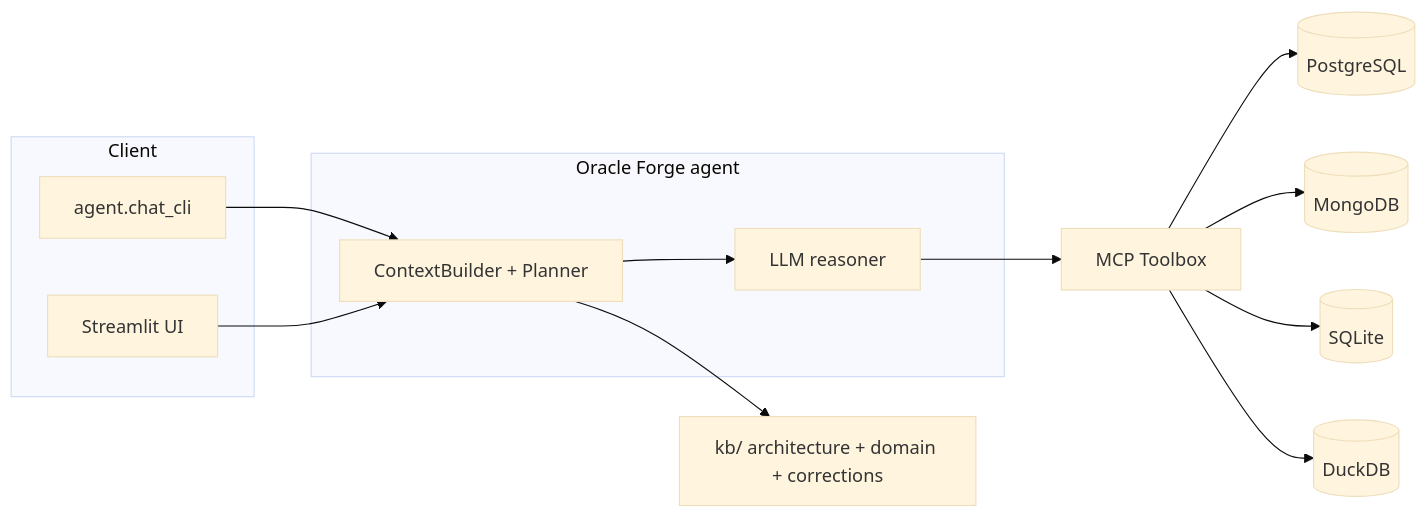
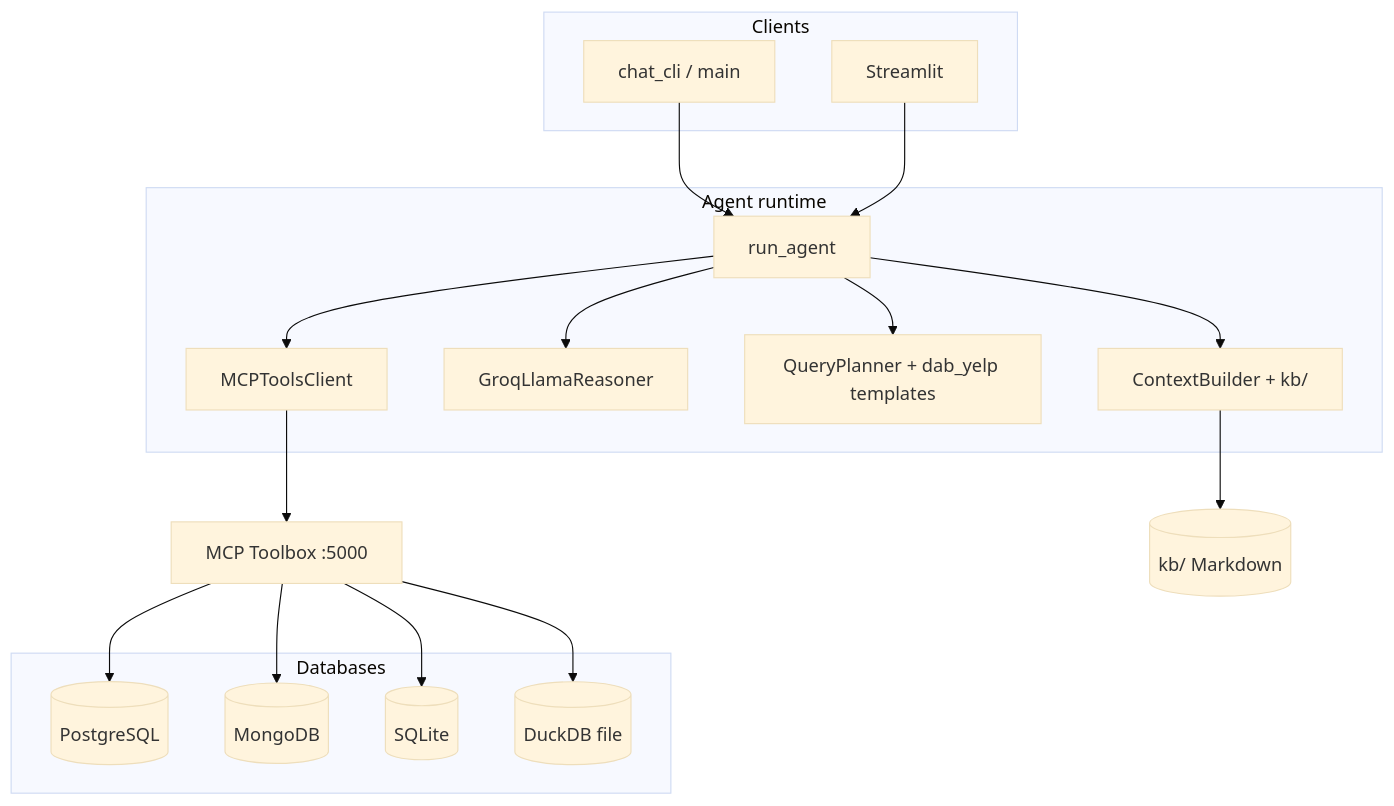
Before and after one commit to gashawbekele06/oracle-forge-w8: the diagram in README.md, drawn with Mermaid (base theme). The commit also changed other lines of this file and 1 other file, not shown here.

Commit message:
updated readme, simplfied the setup and added architectural diagram

````diff
--- a/README.md
+++ b/README.md
@@ -20,26 +39,33 @@
 ```mermaid
-flowchart LR
-  subgraph ui [Client]
-    CLI[agent.chat_cli]
-    ST[Streamlit UI]
+flowchart TB
+  subgraph clients [Clients]
+    CLI[chat_cli / main]
+    WEB[Streamlit]
   end
-  subgraph agent [Oracle Forge agent]
-    C[ContextBuilder + Planner]
-    R[LLM reasoner]
+  subgraph runtime [Agent runtime]
+    RA[run_agent]
+    CB[ContextBuilder + kb/]
+    LLM[GroqLlamaReasoner]
+    PL[QueryPlanner + dab_yelp templates]
+    MCPc[MCPToolsClient]
   end
-  MCP[MCP Toolbox]
-  PG[(PostgreSQL)]
-  MG[(MongoDB)]
-  SQ[(SQLite)]
-  DK[(DuckDB)]
-  KB[kb/ architecture + domain + corrections]
-  CLI --> C
-  ST --> C
-  C --> KB
-  C --> R
-  R --> MCP
-  MCP --> PG
-  MCP --> MG
-  MCP --> SQ
-  MCP --> DK
+  TB[MCP Toolbox :5000]
+  subgraph data [Databases]
+    PG[(PostgreSQL)]
+    MG[(MongoDB)]
+    SQ[(SQLite)]
+    DK[(DuckDB file)]
+  end
+  CLI --> RA
+  WEB --> RA
+  RA --> CB
+  RA --> LLM
+  RA --> PL
+  RA --> MCPc
+  CB --> KB[(kb/ Markdown)]
+  MCPc --> TB
+  TB --> PG
+  TB --> MG
+  TB --> SQ
+  TB --> DK
 ```
````
